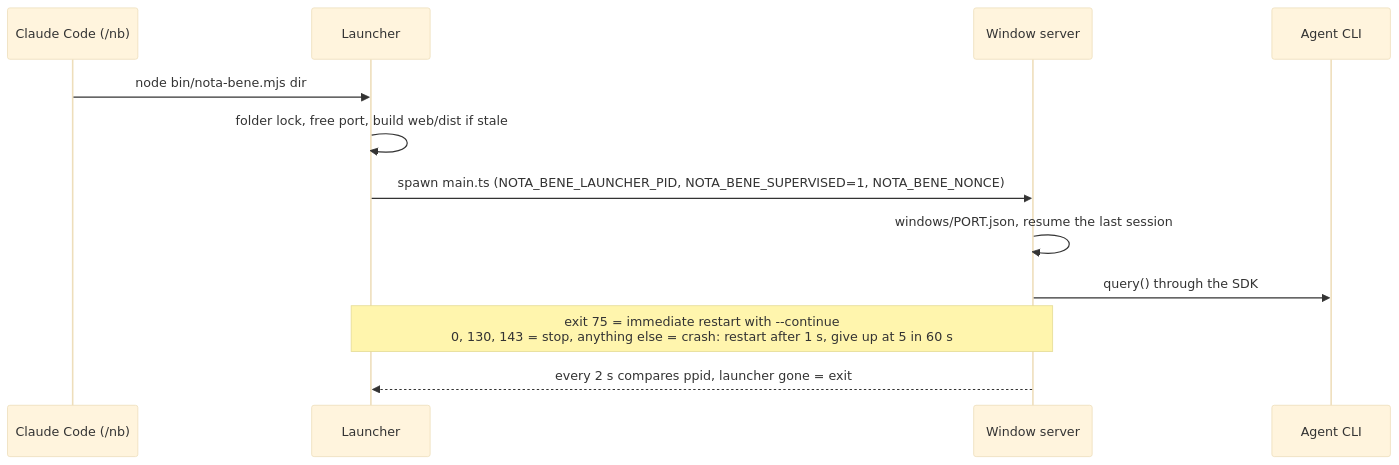
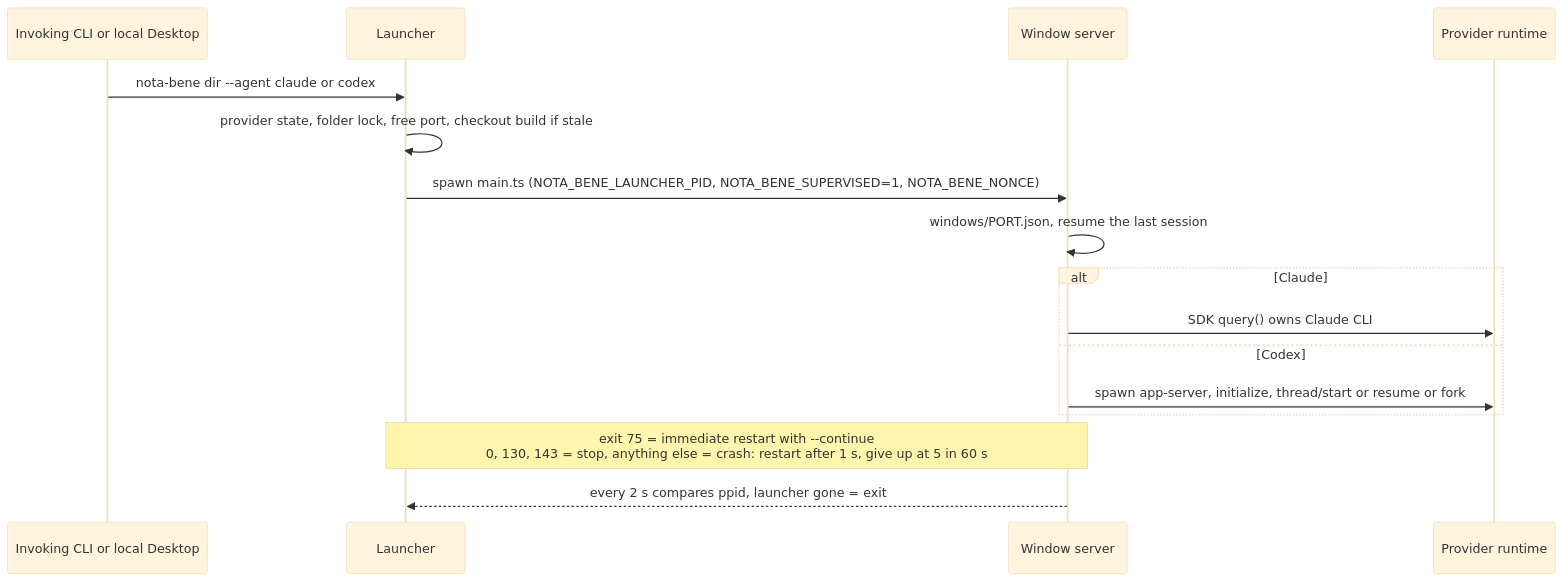
One commit to iCubeDm/claude-nota-bene changed the second of 4 diagrams in docs/architecture.md. Above: the diagram before and after it, drawn with Mermaid (base theme). The commit also changed other lines of this file and 1 other file, not shown here.

Commit message:
docs: update architecture for Codex and temp images, correct the guide

````diff
--- a/docs/architecture.md
+++ b/docs/architecture.md
@@ -61,14 +66,18 @@
 ```mermaid
 sequenceDiagram
-  participant CC as Claude Code (/nb)
+  participant CC as Invoking CLI or local Desktop
   participant L as Launcher
   participant S as Window server
-  participant A as Agent CLI
-  CC->>L: node bin/nota-bene.mjs dir
-  L->>L: folder lock, free port, build web/dist if stale
+  participant A as Provider runtime
+  CC->>L: nota-bene dir --agent claude or codex
+  L->>L: provider state, folder lock, free port, checkout build if stale
   L->>S: spawn main.ts (NOTA_BENE_LAUNCHER_PID, NOTA_BENE_SUPERVISED=1, NOTA_BENE_NONCE)
   S->>S: windows/PORT.json, resume the last session
-  S->>A: query() through the SDK
+  alt Claude
+    S->>A: SDK query() owns Claude CLI
+  else Codex
+    S->>A: spawn app-server, initialize, thread/start or resume or fork
+  end
   Note over S,L: exit 75 = immediate restart with --continue<br/>0, 130, 143 = stop, anything else = crash: restart after 1 s, give up at 5 in 60 s
   S-->>L: every 2 s compares ppid, launcher gone = exit
 ```
````
